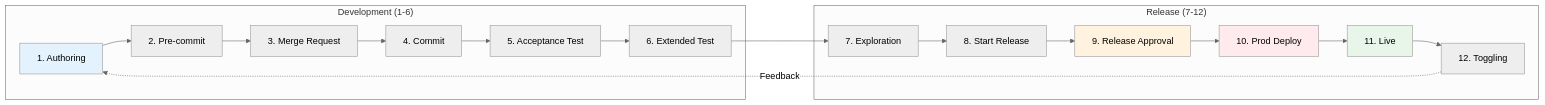
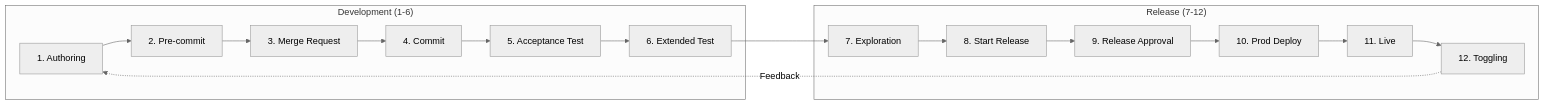
One commit to ready-to-release/eac changed the diagram in docs/explanation/continuous-delivery/cd-model/cd-model-overview.md. Above: the diagram before and after it, drawn with Mermaid (neutral theme). The commit also changed 28 other files, not shown here.

````diff
--- a/docs/explanation/continuous-delivery/cd-model/cd-model-overview.md
+++ b/docs/explanation/continuous-delivery/cd-model/cd-model-overview.md
@@ -115,26 +115,22 @@
 ```mermaid
 flowchart LR
     subgraph Development["Development (1-6)"]
         S1[1. Authoring] --> S2[2. Pre-commit]
         S2 --> S3[3. Merge Request]
         S3 --> S4[4. Commit]
         S4 --> S5[5. Acceptance Test]
         S5 --> S6[6. Extended Test]
     end
 
     subgraph Release["Release (7-12)"]
         S7[7. Exploration] --> S8[8. Start Release]
         S8 --> S9[9. Release Approval]
         S9 --> S10[10. Prod Deploy]
         S10 --> S11[11. Live]
         S11 --> S12[12. Toggling]
     end
 
     S6 --> S7
     S12 -.->|Feedback| S1
 
-    style S1 fill:#e3f2fd
-    style S9 fill:#fff3e0
-    style S10 fill:#ffebee
-    style S11 fill:#e8f5e9
 ```
````
